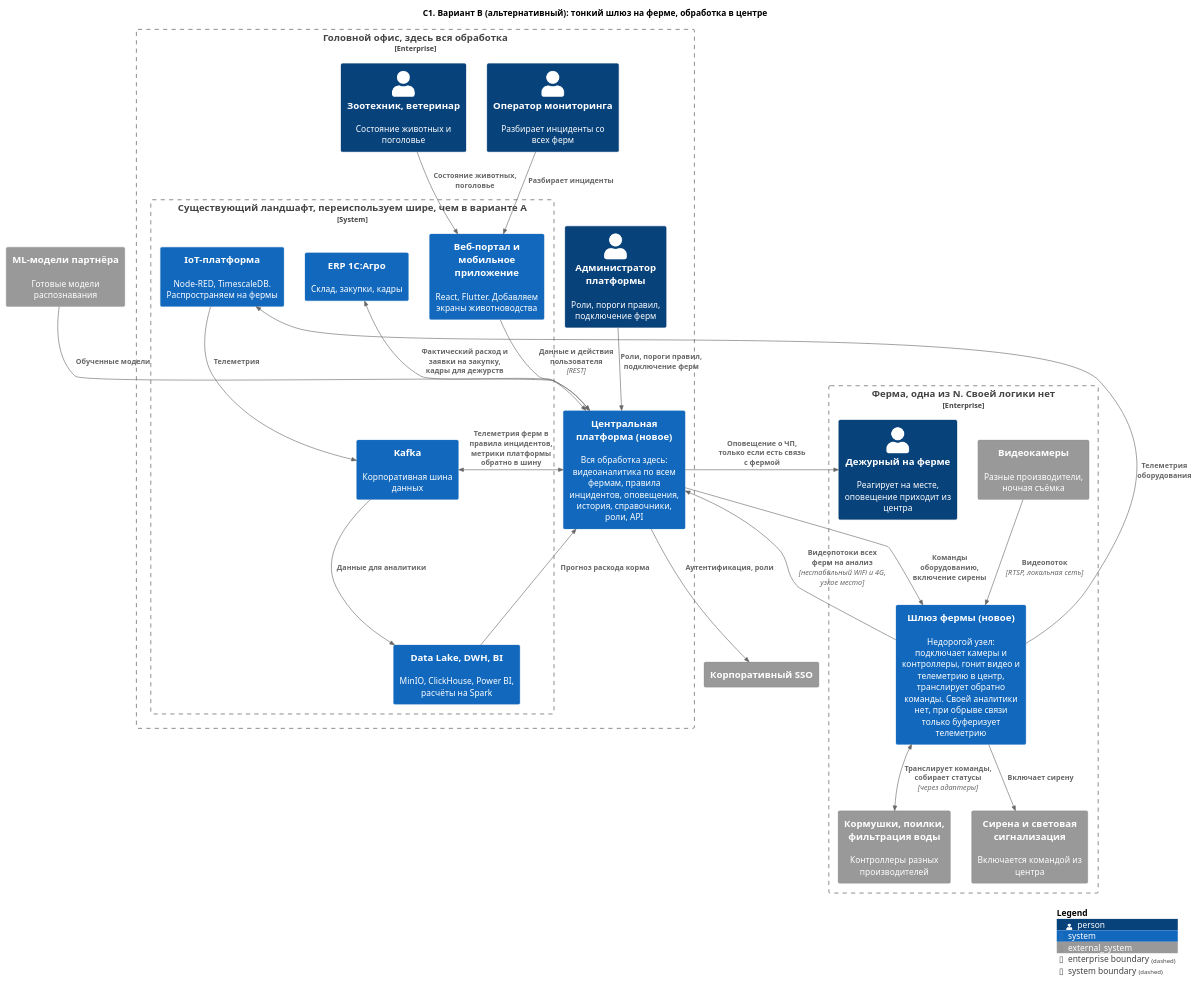
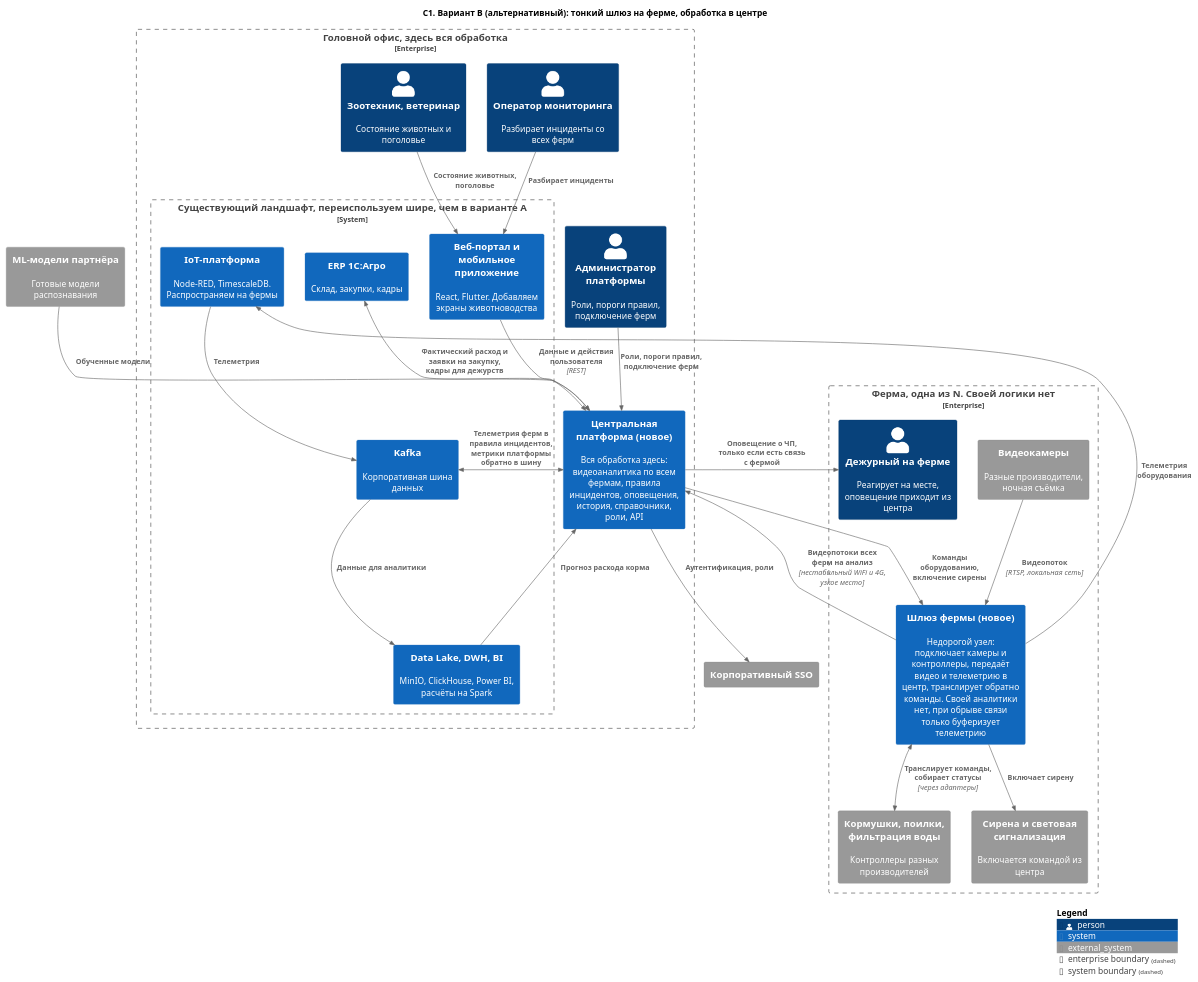
Before and after one commit to FCTL3314/MSA-AgroTech: the diagram in Task1/C1-alternative.puml, drawn with PlantUML. The commit also changed 2 other files, not shown here.

```diff
--- a/Task1/C1-alternative.puml
+++ b/Task1/C1-alternative.puml
@@ -1,56 +1,56 @@
 @startuml C1-alternative
 !include <C4/C4_Context>
 
 title C1. Вариант B (альтернативный): тонкий шлюз на ферме, обработка в центре
 
 Enterprise_Boundary(farm, "Ферма, одна из N. Своей логики нет") {
   Person(duty, "Дежурный на ферме", "Реагирует на месте, оповещение приходит из центра")
 
-  System(gateway, "Шлюз фермы (новое)", "Недорогой узел: подключает камеры и контроллеры, гонит видео и телеметрию в центр, транслирует обратно команды. Своей аналитики нет, при обрыве связи только буферизует телеметрию")
+  System(gateway, "Шлюз фермы (новое)", "Недорогой узел: подключает камеры и контроллеры, передаёт видео и телеметрию в центр, транслирует обратно команды. Своей аналитики нет, при обрыве связи только буферизует телеметрию")
 
   System_Ext(cameras, "Видеокамеры", "Разные производители, ночная съёмка")
   System_Ext(equipment, "Кормушки, поилки, фильтрация воды", "Контроллеры разных производителей")
   System_Ext(siren, "Сирена и световая сигнализация", "Включается командой из центра")
 }
 
 Enterprise_Boundary(hq, "Головной офис, здесь вся обработка") {
   Person(operator, "Оператор мониторинга", "Разбирает инциденты со всех ферм")
   Person(zoo, "Зоотехник, ветеринар", "Состояние животных и поголовье")
   Person(admin, "Администратор платформы", "Роли, пороги правил, подключение ферм")
   System(central, "Центральная платформа (новое)", "Вся обработка здесь: видеоаналитика по всем фермам, правила инцидентов, оповещения, история, справочники, роли, API")
 
   System_Boundary(landscape, "Существующий ландшафт, переиспользуем шире, чем в варианте A") {
     System(iot, "IoT-платформа", "Node-RED, TimescaleDB. Распространяем на фермы")
     System(apps, "Веб-портал и мобильное приложение", "React, Flutter. Добавляем экраны животноводства")
     System(kafka, "Kafka", "Корпоративная шина данных")
     System(storage, "Data Lake, DWH, BI", "MinIO, ClickHouse, Power BI, расчёты на Spark")
     System(erp, "ERP 1С:Агро", "Склад, закупки, кадры")
   }
 }
 
 System_Ext(mlmodel, "ML-модели партнёра", "Готовые модели распознавания")
 System_Ext(idp, "Корпоративный SSO")
 
 Rel(cameras, gateway, "Видеопоток", "RTSP, локальная сеть")
 BiRel(gateway, equipment, "Транслирует команды, собирает статусы", "через адаптеры")
 Rel(gateway, siren, "Включает сирену")
 
 Rel(gateway, central, "Видеопотоки всех ферм на анализ", "нестабильный WiFi и 4G, узкое место")
 Rel(gateway, iot, "Телеметрия оборудования")
 Rel(central, gateway, "Команды оборудованию, включение сирены")
 Rel(central, duty, "Оповещение о ЧП, только если есть связь с фермой")
 BiRel(central, kafka, "Телеметрия ферм в правила инцидентов, метрики платформы обратно в шину")
 Rel(iot, kafka, "Телеметрия")
 Rel(mlmodel, central, "Обученные модели")
 
 Rel(operator, apps, "Разбирает инциденты")
 Rel(zoo, apps, "Состояние животных, поголовье")
 Rel(admin, central, "Роли, пороги правил, подключение ферм")
 Rel(apps, central, "Данные и действия пользователя", "REST")
 Rel(central, idp, "Аутентификация, роли")
 Rel(kafka, storage, "Данные для аналитики")
 Rel(storage, central, "Прогноз расхода корма")
 BiRel(central, erp, "Фактический расход и заявки на закупку, кадры для дежурств")
 
 SHOW_LEGEND()
 @enduml
```
